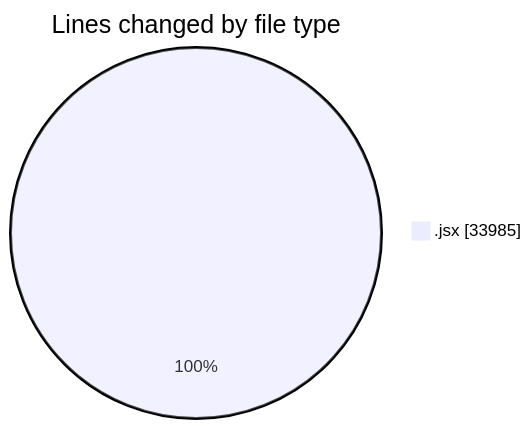
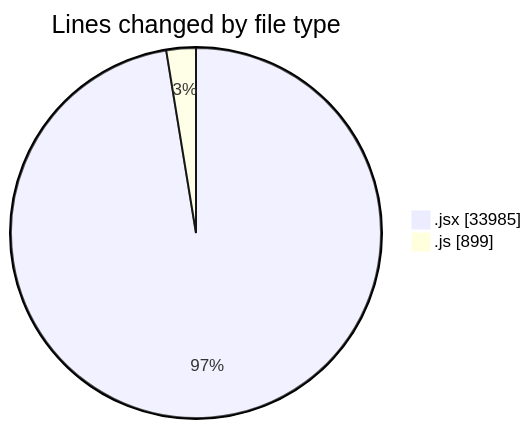
Before and after one commit to nxtqubesakshisongat/code-tracking: the first of 2 diagrams in 2025-09-29/nxtqube_webapp/README.md, drawn with Mermaid. The commit also changed other lines of this file and 1 other file, not shown here.

````diff
--- a/2025-09-29/nxtqube_webapp/README.md
+++ b/2025-09-29/nxtqube_webapp/README.md
@@ -20,5 +21,6 @@
 ```mermaid
 pie showData
 title Lines changed by file type
 ".jsx" : 33985
+".js" : 899
 ```
````
